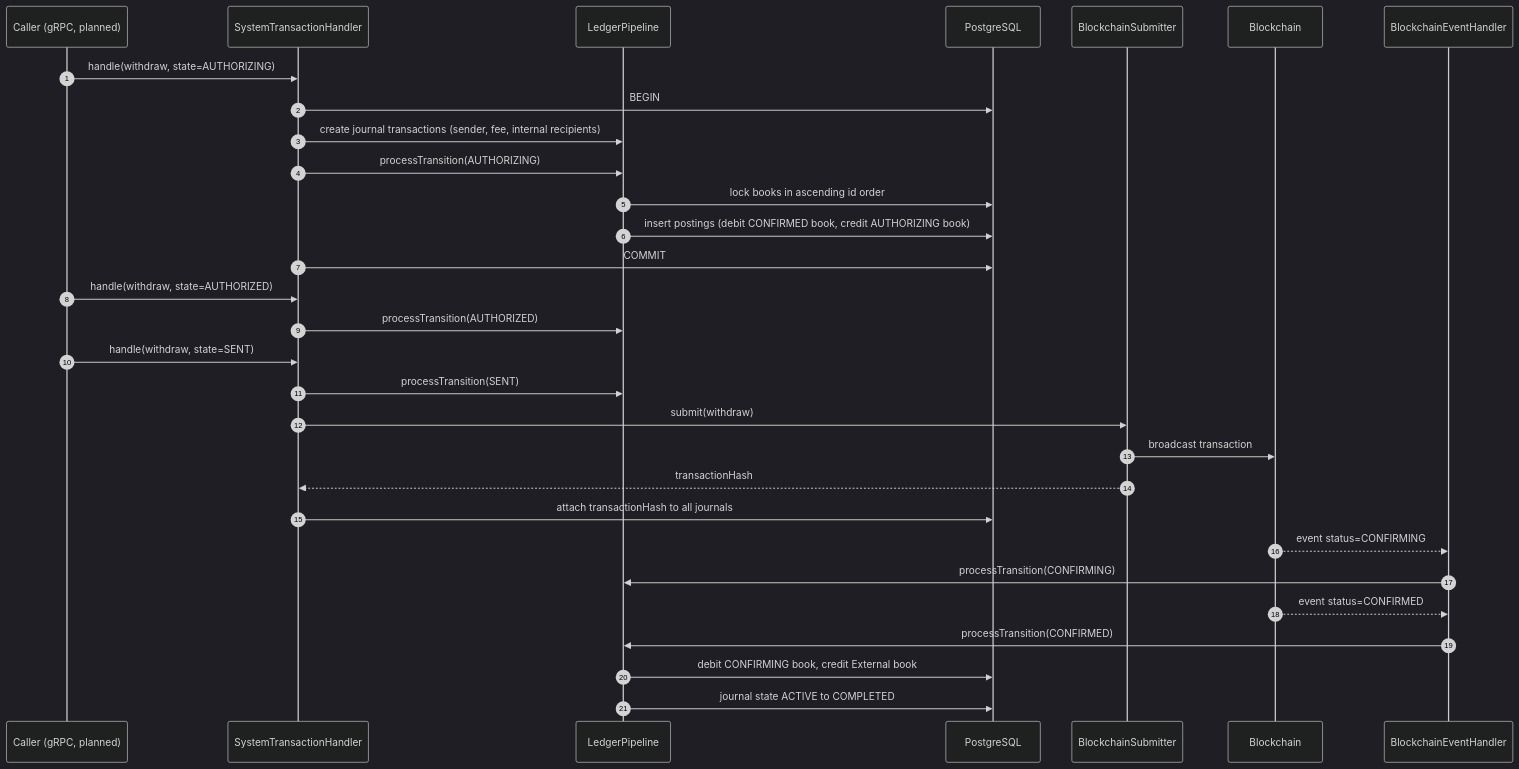
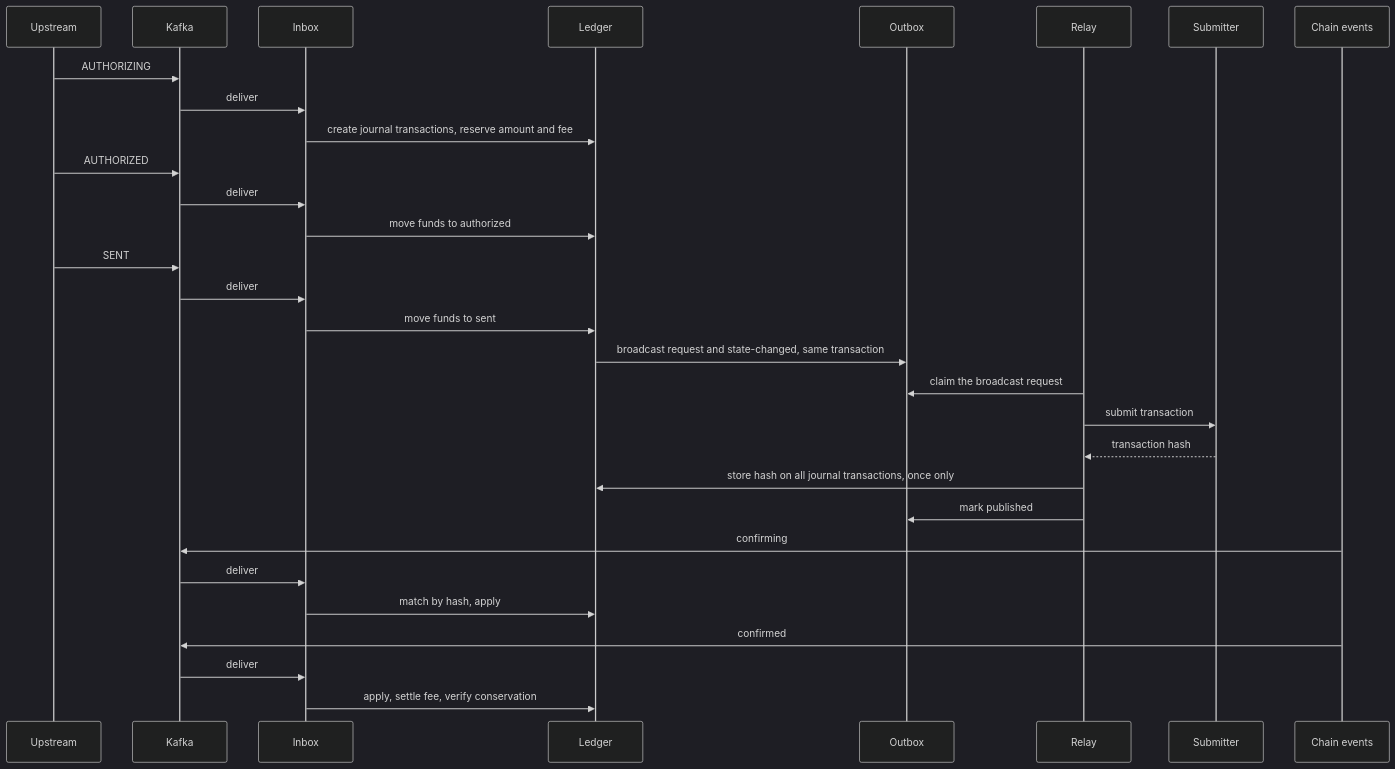
The ninth of 20 diagrams in README.md (taiio/book-keeping), drawn with Mermaid (dark theme) before and after one commit. The commit also changed other lines of this file, not shown here.

````diff
--- a/README.md
+++ b/README.md
@@ -269,36 +227,32 @@
 ```mermaid
 sequenceDiagram
-    autonumber
-    participant API as Caller (gRPC, planned)
-    participant STH as SystemTransactionHandler
-    participant LP as LedgerPipeline
-    participant DB as PostgreSQL
-    participant SUB as BlockchainSubmitter
-    participant CH as Blockchain
-    participant BEH as BlockchainEventHandler
-
-    API->>STH: handle(withdraw, state=AUTHORIZING)
-    STH->>DB: BEGIN
-    STH->>LP: create journal transactions (sender, fee, internal recipients)
-    STH->>LP: processTransition(AUTHORIZING)
-    LP->>DB: lock books in ascending id order
-    LP->>DB: insert postings (debit CONFIRMED book, credit AUTHORIZING book)
-    STH->>DB: COMMIT
-
-    API->>STH: handle(withdraw, state=AUTHORIZED)
-    STH->>LP: processTransition(AUTHORIZED)
-
-    API->>STH: handle(withdraw, state=SENT)
-    STH->>LP: processTransition(SENT)
-    STH->>SUB: submit(withdraw)
-    SUB->>CH: broadcast transaction
-    SUB-->>STH: transactionHash
-    STH->>DB: attach transactionHash to all journals
-
-    CH-->>BEH: event status=CONFIRMING
-    BEH->>LP: processTransition(CONFIRMING)
-    CH-->>BEH: event status=CONFIRMED
-    BEH->>LP: processTransition(CONFIRMED)
-    LP->>DB: debit CONFIRMING book, credit External book
-    LP->>DB: journal state ACTIVE to COMPLETED
+  participant UP as Upstream
+  participant K as Kafka
+  participant IN as Inbox
+  participant LG as Ledger
+  participant OB as Outbox
+  participant RL as Relay
+  participant SB as Submitter
+  participant CH as Chain events
+  UP->>K: AUTHORIZING
+  K->>IN: deliver
+  IN->>LG: create journal transactions, reserve amount and fee
+  UP->>K: AUTHORIZED
+  K->>IN: deliver
+  IN->>LG: move funds to authorized
+  UP->>K: SENT
+  K->>IN: deliver
+  IN->>LG: move funds to sent
+  LG->>OB: broadcast request and state-changed, same transaction
+  RL->>OB: claim the broadcast request
+  RL->>SB: submit transaction
+  SB-->>RL: transaction hash
+  RL->>LG: store hash on all journal transactions, once only
+  RL->>OB: mark published
+  CH->>K: confirming
+  K->>IN: deliver
+  IN->>LG: match by hash, apply
+  CH->>K: confirmed
+  K->>IN: deliver
+  IN->>LG: apply, settle fee, verify conservation
 ```
````
